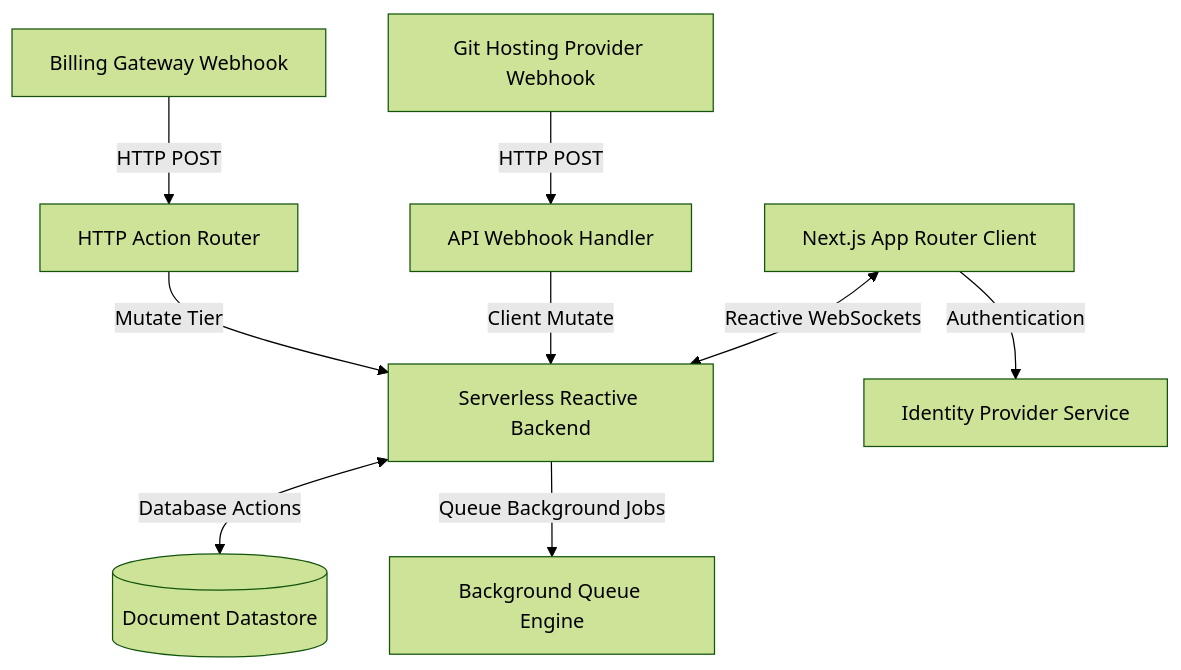
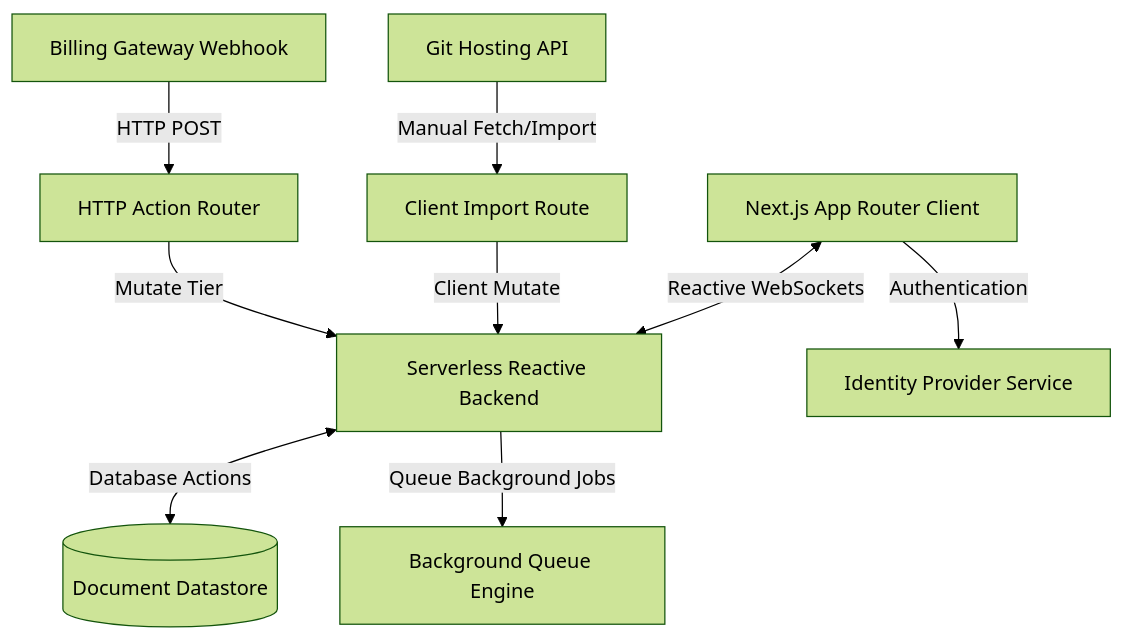
One commit to Wekraft-collaboration-platform/wekraft-saas changed the diagram in src/content/docs/overview.md. Above: the diagram before and after it, drawn with Mermaid (forest theme). The commit also changed other lines of this file and 31 other files, not shown here.

````diff
--- a/src/content/docs/overview.md
+++ b/src/content/docs/overview.md
@@ -11,11 +11,11 @@
 ```mermaid
 graph TD
     Client[Next.js App Router Client] <-->|Reactive WebSockets| Backend[Serverless Reactive Backend]
     Client -->|Authentication| Auth[Identity Provider Service]
     Backend <-->|Database Actions| DB[(Document Datastore)]
     Backend -->|Queue Background Jobs| QueueEngine[Background Queue Engine]
-    GitRepo[Git Hosting Provider Webhook] -->|HTTP POST| WebhookRoute[API Webhook Handler]
+    GitRepo[Git Hosting API] -->|Manual Fetch/Import| WebhookRoute[Client Import Route]
     WebhookRoute -->|Client Mutate| Backend
     Payment[Billing Gateway Webhook] -->|HTTP POST| WebhookHTTP[HTTP Action Router]
     WebhookHTTP -->|Mutate Tier| Backend
 ```
````
